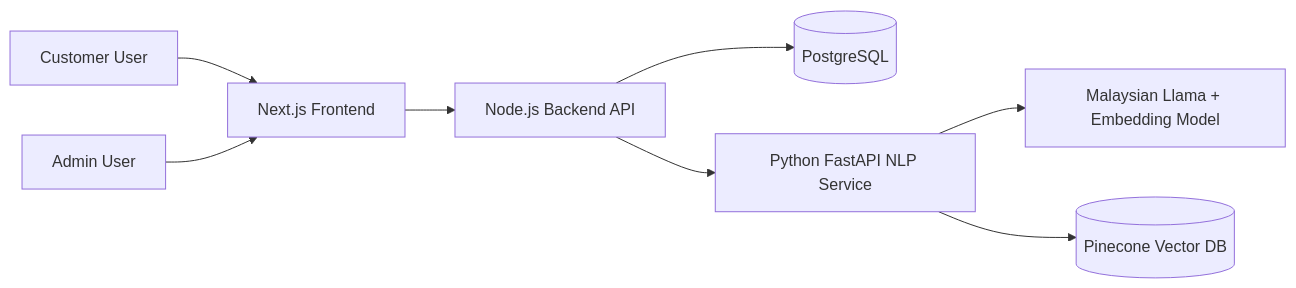
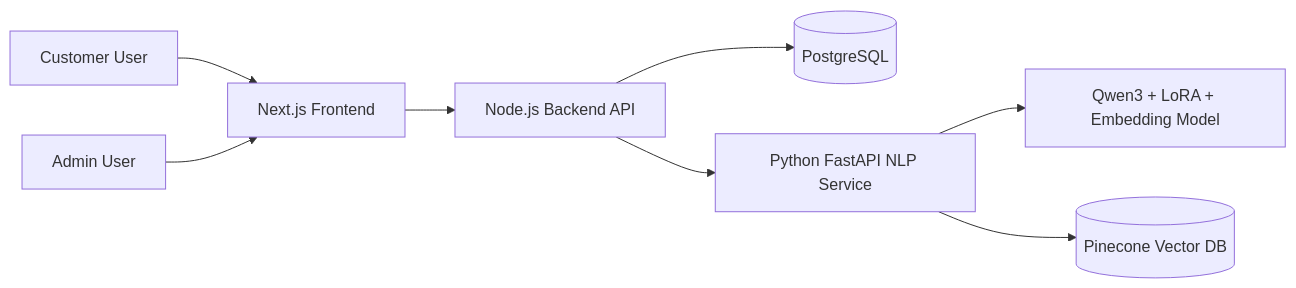
Before and after one commit to mackwongyy/WID3002GroupProject: the first of 2 diagrams in docs/ARCHITECTURE.md, drawn with Mermaid. The commit also changed other lines of this file and 8 other files, not shown here.

````diff
--- a/docs/ARCHITECTURE.md
+++ b/docs/ARCHITECTURE.md
@@ -12,10 +12,10 @@
 ```mermaid
 flowchart LR
     U[Customer User] --> FE[Next.js Frontend]
     A[Admin User] --> FE
     FE --> API[Node.js Backend API]
     API --> DB[(PostgreSQL)]
     API --> NLP[Python FastAPI NLP Service]
-    NLP --> HF[Malaysian Llama + Embedding Model]
+    NLP --> HF[Qwen3 + LoRA + Embedding Model]
     NLP --> VDB[(Pinecone Vector DB)]
 ```
````
